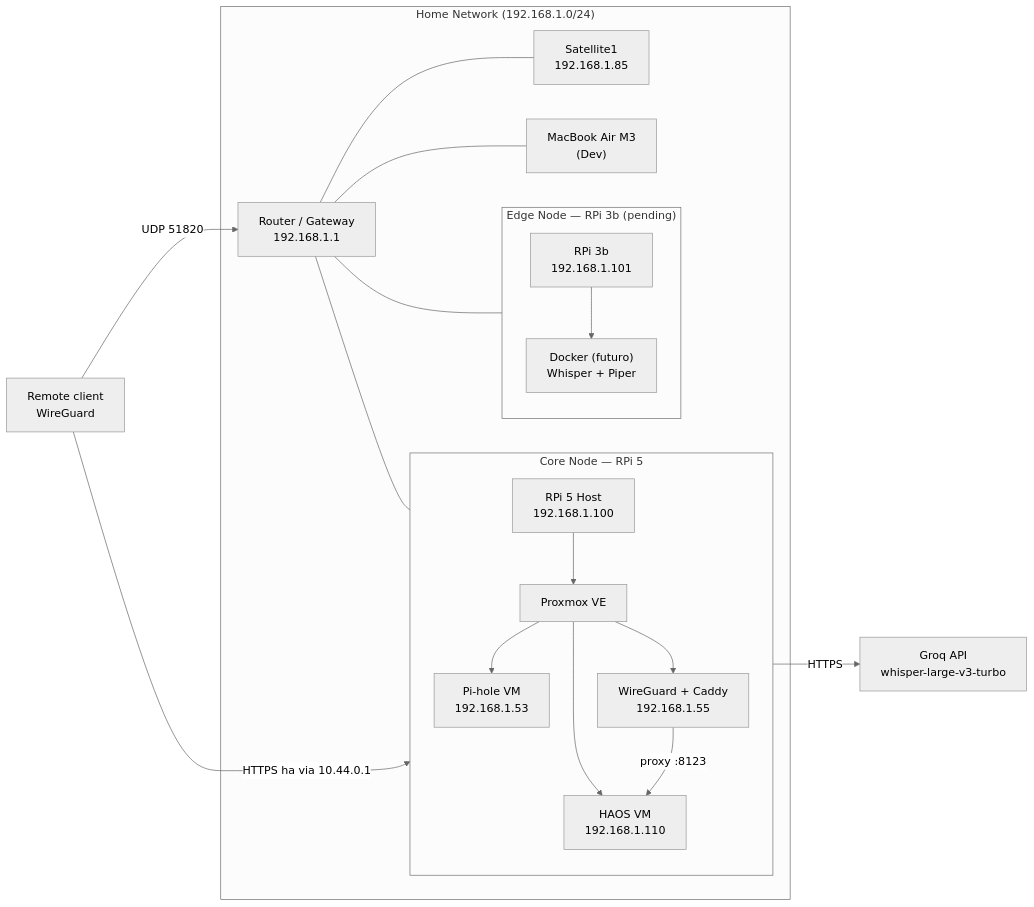
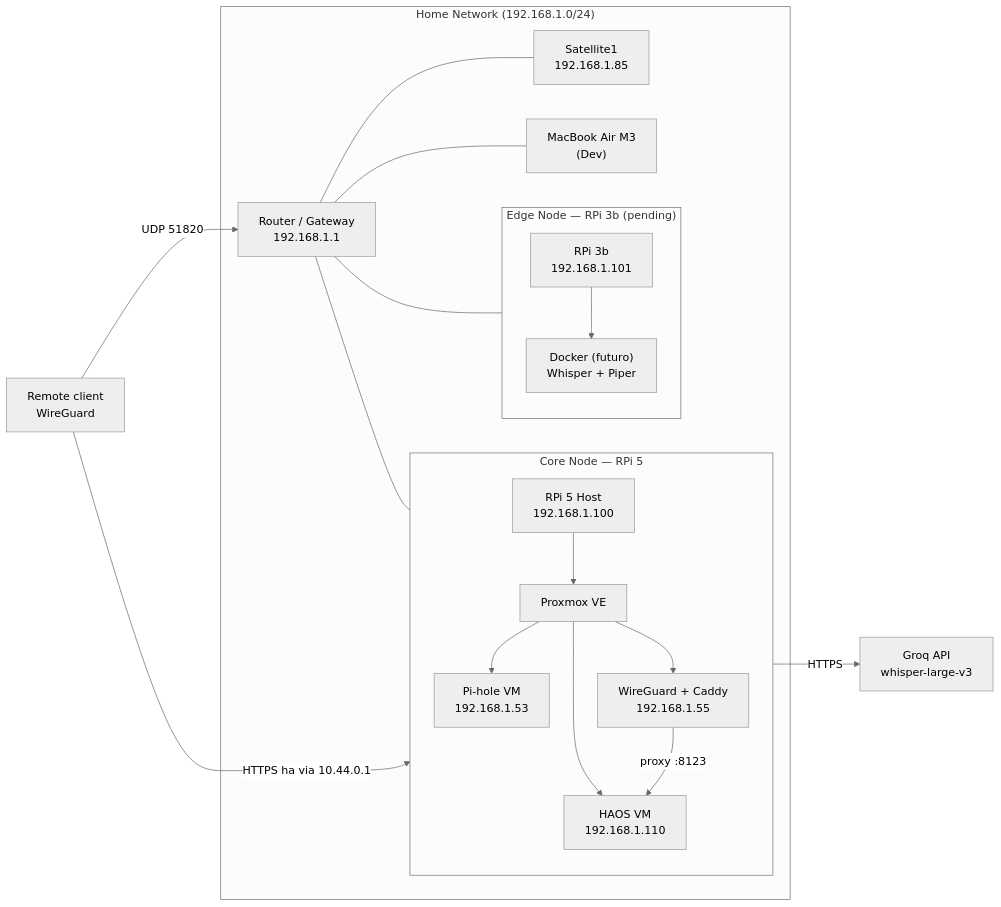
Before and after one commit to miguelandresgordon/WayneHomeLab: the first of 3 diagrams in docs/ARCHITECTURE.md, drawn with Mermaid (neutral theme). The commit also changed other lines of this file and 21 other files, not shown here.

````diff
--- a/docs/ARCHITECTURE.md
+++ b/docs/ARCHITECTURE.md
@@ -5,42 +5,42 @@
 ```mermaid
 graph LR
     subgraph LAN["Home Network (192.168.1.0/24)"]
         ROUTER["Router / Gateway<br/>192.168.1.1"]
 
         subgraph CORE["Core Node — RPi 5"]
             direction TB
             RPI5["RPi 5 Host<br/>192.168.1.100"]
             PVE["Proxmox VE"]
             HAOS_VM["HAOS VM<br/>192.168.1.110"]
             PIHOLE_VM["Pi-hole VM<br/>192.168.1.53"]
             WG_VM["WireGuard + Caddy<br/>192.168.1.55"]
             RPI5 --> PVE
             PVE --> HAOS_VM
             PVE --> PIHOLE_VM
             PVE --> WG_VM
         end
 
         subgraph EDGE["Edge Node — RPi 3b (pending)"]
             direction TB
             RPI3["RPi 3b<br/>192.168.1.101"]
             DOCKER["Docker (futuro)<br/>Whisper + Piper"]
             RPI3 --> DOCKER
         end
 
         SAT["Satellite1<br/>192.168.1.85"]
         MAC["MacBook Air M3<br/>(Dev)"]
 
         ROUTER --- CORE
         ROUTER --- EDGE
         ROUTER --- SAT
         ROUTER --- MAC
     end
 
     CLIENT["Remote client<br/>WireGuard"]
     CLIENT -->|"UDP 51820"| ROUTER
     CLIENT -->|"HTTPS ha via 10.44.0.1"| WG_VM
     WG_VM -->|"proxy :8123"| HAOS_VM
 
-    GROQ["Groq API<br/>whisper-large-v3-turbo"]
+    GROQ["Groq API<br/>whisper-large-v3"]
     HAOS_VM -- "HTTPS" --> GROQ
 ```
````
